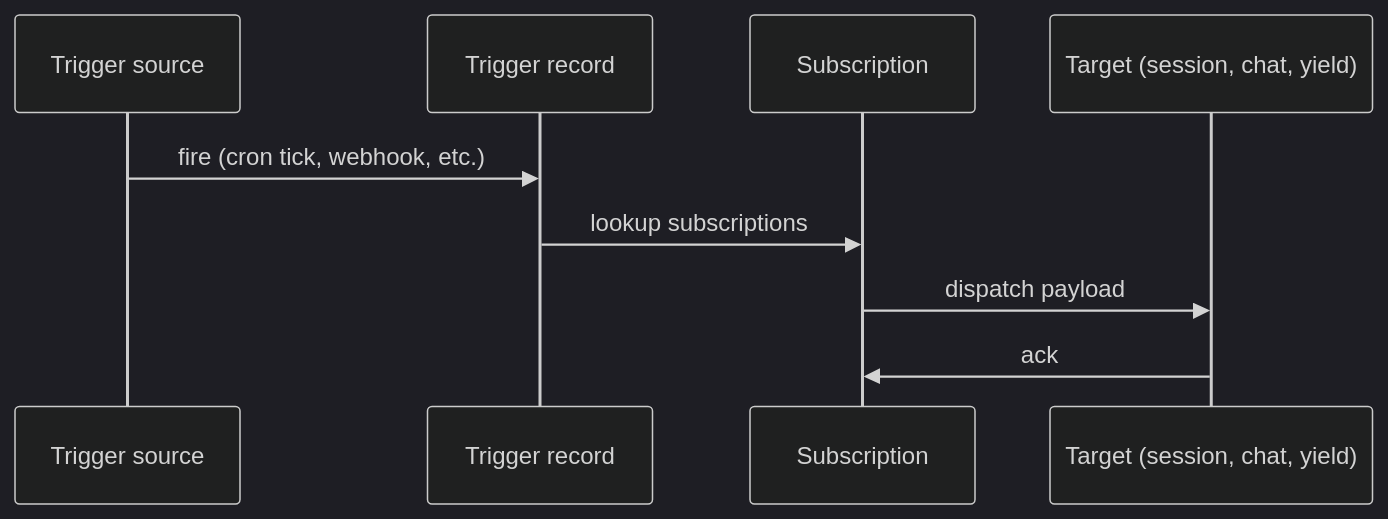
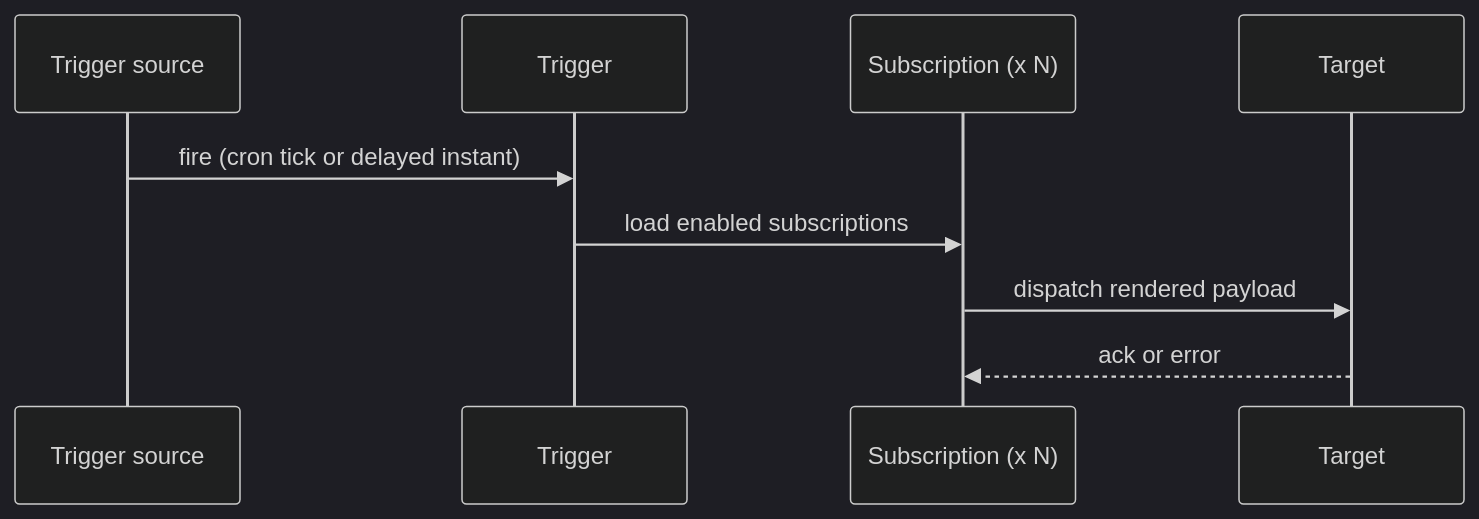
One commit to primerhq/primer changed the first of 2 diagrams in primer/user_docs/concepts/triggers-and-subscriptions.md. Above: the diagram before and after it, drawn with Mermaid (dark theme). The commit also changed other lines of this file and 5 other files, not shown here.

````diff
--- a/primer/user_docs/concepts/triggers-and-subscriptions.md
+++ b/primer/user_docs/concepts/triggers-and-subscriptions.md
@@ -24,11 +64,11 @@
 ```mermaid
 sequenceDiagram
-  participant Cron as Trigger source
-  participant Trig as Trigger record
-  participant Sub as Subscription
-  participant Tgt as Target (session, chat, yield)
-  Cron->>Trig: fire (cron tick, webhook, etc.)
-  Trig->>Sub: lookup subscriptions
-  Sub->>Tgt: dispatch payload
-  Tgt->>Sub: ack
+    participant Src as Trigger source
+    participant Trig as Trigger
+    participant Sub as Subscription (x N)
+    participant Tgt as Target
+    Src->>Trig: fire (cron tick or delayed instant)
+    Trig->>Sub: load enabled subscriptions
+    Sub->>Tgt: dispatch rendered payload
+    Tgt-->>Sub: ack or error
 ```
````
